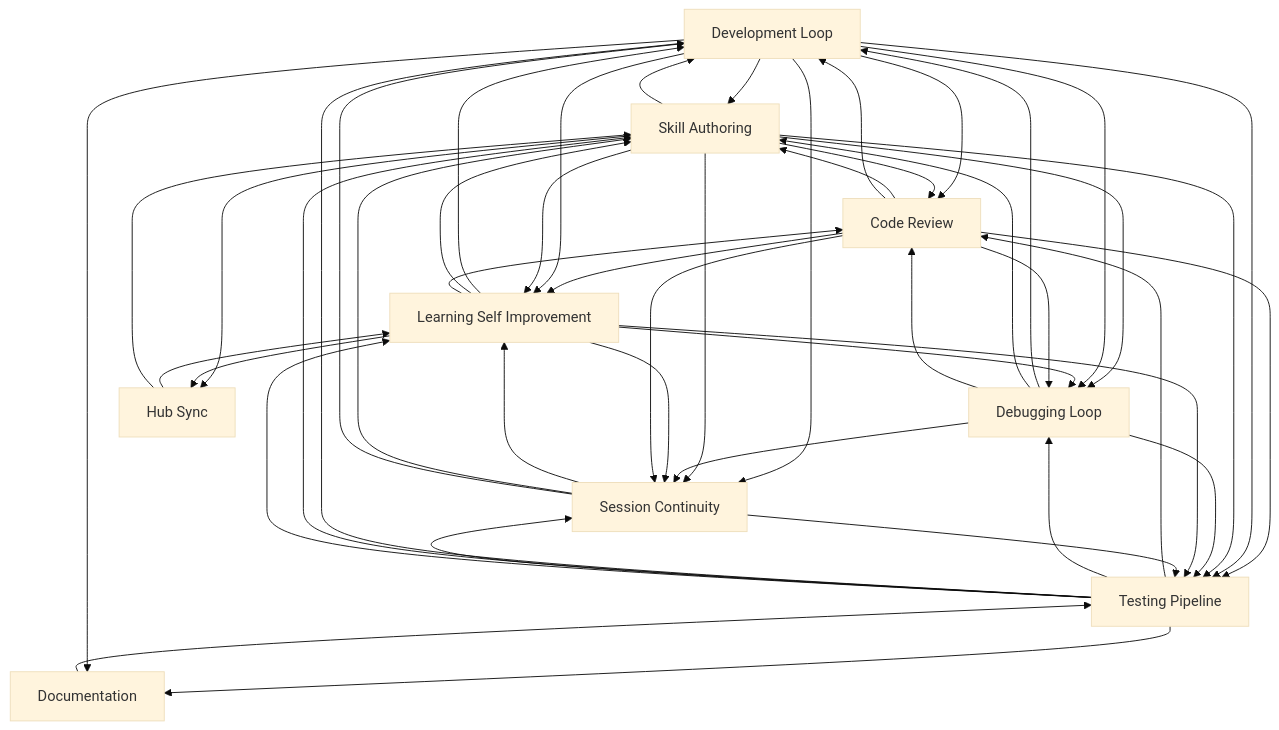
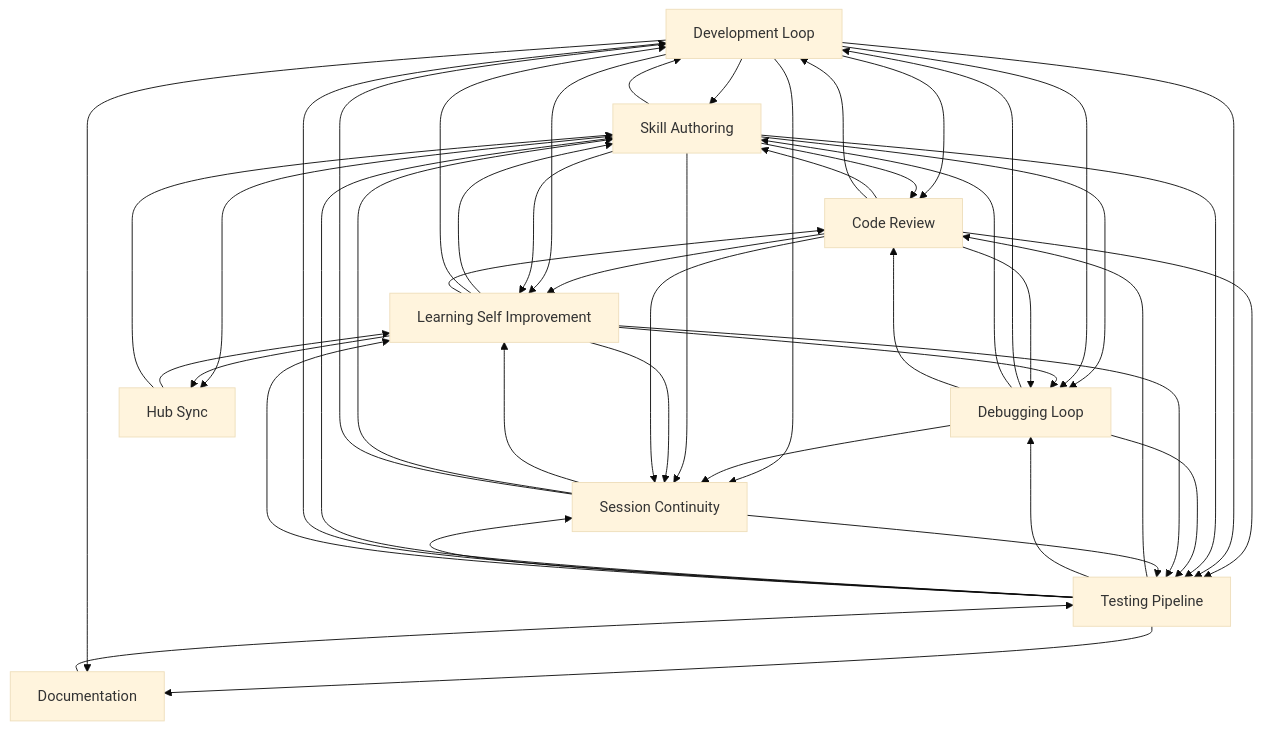
The diagram in docs/workflows/INDEX.md (abhayla/claude-best-practices), drawn with Mermaid (base theme) before and after one commit. The commit also changed other lines of this file and 21 other files, not shown here.

````diff
--- a/docs/workflows/INDEX.md
+++ b/docs/workflows/INDEX.md
@@ -21,58 +21,58 @@
 ```mermaid
 graph TD
     development_loop[Development Loop]
     testing_pipeline[Testing Pipeline]
     debugging_loop[Debugging Loop]
     learning_self_improvement[Learning Self Improvement]
     session_continuity[Session Continuity]
     skill_authoring[Skill Authoring]
     code_review[Code Review]
     documentation[Documentation]
     hub_sync[Hub Sync]
     documentation --> testing_pipeline
     code_review --> skill_authoring
     code_review --> development_loop
     development_loop --> skill_authoring
     development_loop --> code_review
     code_review --> learning_self_improvement
     code_review --> testing_pipeline
     development_loop --> learning_self_improvement
     development_loop --> testing_pipeline
     testing_pipeline --> code_review
     testing_pipeline --> debugging_loop
+    testing_pipeline --> skill_authoring
     testing_pipeline --> development_loop
-    testing_pipeline --> skill_authoring
     skill_authoring --> code_review
     skill_authoring --> development_loop
     skill_authoring --> learning_self_improvement
     skill_authoring --> testing_pipeline
     development_loop --> session_continuity
-    skill_authoring --> session_continuity
     debugging_loop --> session_continuity
     debugging_loop --> development_loop
+    skill_authoring --> session_continuity
     testing_pipeline --> session_continuity
+    debugging_loop --> skill_authoring
+    debugging_loop --> testing_pipeline
+    debugging_loop --> code_review
     skill_authoring --> debugging_loop
-    debugging_loop --> skill_authoring
-    debugging_loop --> code_review
-    debugging_loop --> testing_pipeline
     development_loop --> debugging_loop
+    learning_self_improvement --> skill_authoring
+    learning_self_improvement --> development_loop
     learning_self_improvement --> debugging_loop
-    learning_self_improvement --> development_loop
-    learning_self_improvement --> skill_authoring
+    learning_self_improvement --> testing_pipeline
     learning_self_improvement --> code_review
-    learning_self_improvement --> testing_pipeline
     code_review --> debugging_loop
     learning_self_improvement --> session_continuity
+    testing_pipeline --> learning_self_improvement
     code_review --> session_continuity
-    testing_pipeline --> learning_self_improvement
     session_continuity --> learning_self_improvement
     session_continuity --> skill_authoring
     testing_pipeline --> documentation
     development_loop --> documentation
     session_continuity --> development_loop
     session_continuity --> testing_pipeline
     skill_authoring --> hub_sync
     learning_self_improvement --> hub_sync
     hub_sync --> learning_self_improvement
     hub_sync --> skill_authoring
 ```
````
